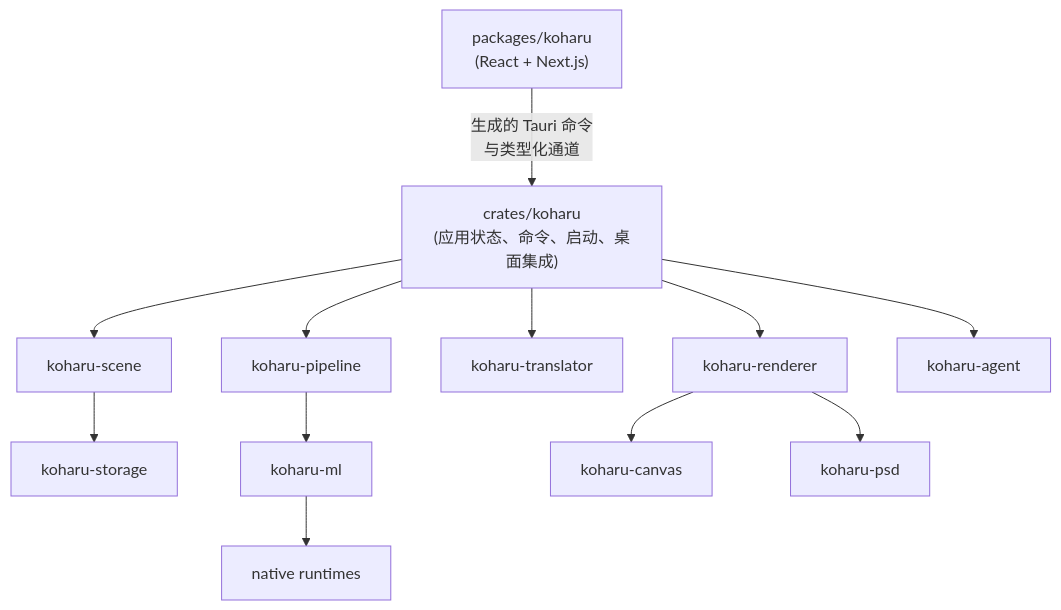
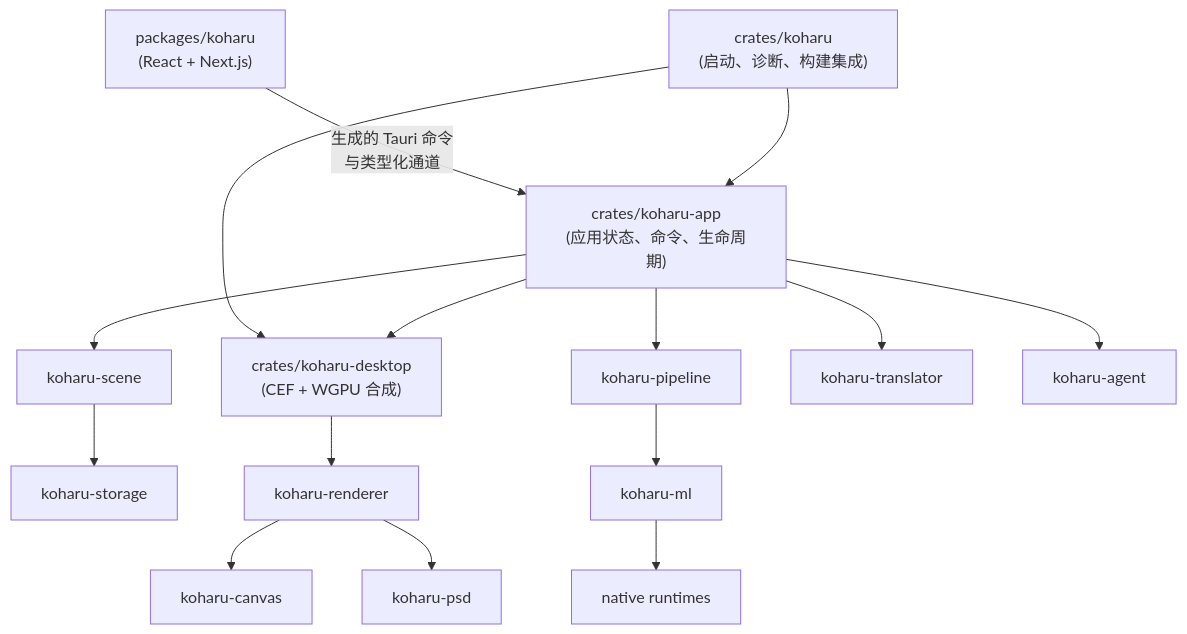
The diagram in docs/zh-CN/development/architecture.md (mayocream/koharu), drawn with Mermaid before and after one commit. The commit also changed other lines of this file and 34 other files, not shown here.

````diff
--- a/docs/zh-CN/development/architecture.md
+++ b/docs/zh-CN/development/architecture.md
@@ -10,24 +10,28 @@
 ```mermaid
 flowchart TB
   frontend["packages/koharu<br/>(React + Next.js)"]
-  app["crates/koharu<br/>(应用状态、命令、启动、桌面集成)"]
+  entry["crates/koharu<br/>(启动、诊断、构建集成)"]
+  app["crates/koharu-app<br/>(应用状态、命令、生命周期)"]
+  desktop["crates/koharu-desktop<br/>(CEF + WGPU 合成)"]
   scene["koharu-scene"]
   storage["koharu-storage"]
   pipeline["koharu-pipeline"]
   ml["koharu-ml"]
   native["native runtimes"]
   translator["koharu-translator"]
   renderer["koharu-renderer"]
   canvas["koharu-canvas"]
   psd["koharu-psd"]
   agent["koharu-agent"]
 
   frontend -->|"生成的 Tauri 命令<br/>与类型化通道"| app
+  entry --> app
+  entry --> desktop
+  app --> desktop
   app --> scene --> storage
   app --> pipeline --> ml --> native
   app --> translator
-  app --> renderer
-  renderer --> canvas
+  desktop --> renderer --> canvas
   renderer --> psd
   app --> agent
 ```
````
